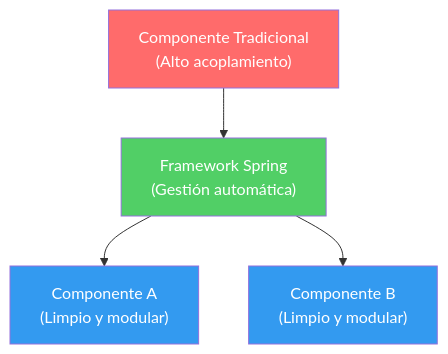
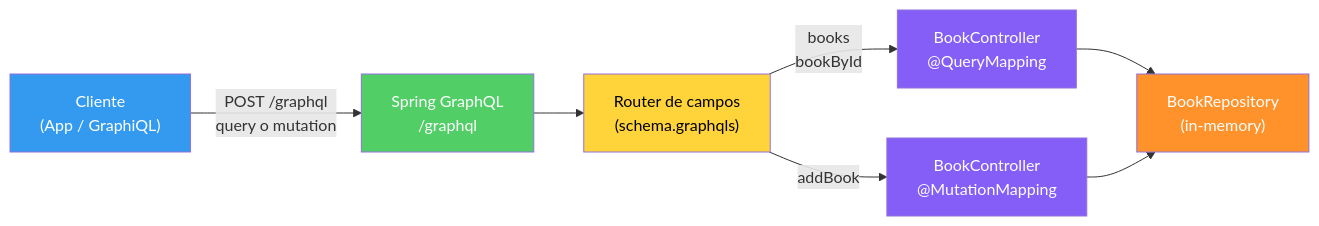
Before and after one commit to edgardo001/spring-v4-mastery-roadmap: the diagram in 32-graphql/README.md, drawn with Mermaid. The commit also changed other lines of this file and 55 other files, not shown here.

First line of the commit message:
feat(32,34,38,39): graphql, oauth2, hexagonal, modulith

````diff
--- a/32-graphql/README.md
+++ b/32-graphql/README.md
@@ -19,11 +26,16 @@
 ```mermaid
-graph TD
-    A["Componente Tradicional<br/>(Alto acoplamiento)"] --> B["Framework Spring<br/>(Gestión automática)"]
-    B --> C["Componente A<br/>(Limpio y modular)"]
-    B --> D["Componente B<br/>(Limpio y modular)"]
+graph LR
+    Cliente["Cliente<br/>(App / GraphiQL)"] -->|POST /graphql<br/>query o mutation| Endpoint["Spring GraphQL<br/>/graphql"]
+    Endpoint --> Router["Router de campos<br/>(schema.graphqls)"]
+    Router -->|books<br/>bookById| Ctrl["BookController<br/>@QueryMapping"]
+    Router -->|addBook| Mut["BookController<br/>@MutationMapping"]
+    Ctrl --> Repo["BookRepository<br/>(in-memory)"]
+    Mut --> Repo
 
-    style A fill:#ff6b6b,color:#fff
-    style B fill:#51cf66,color:#fff
-    style C fill:#339af0,color:#fff
-    style D fill:#339af0,color:#fff
+    style Cliente fill:#339af0,color:#fff
+    style Endpoint fill:#51cf66,color:#fff
+    style Router fill:#ffd43b,color:#000
+    style Ctrl fill:#845ef7,color:#fff
+    style Mut fill:#845ef7,color:#fff
+    style Repo fill:#ff922b,color:#fff
 ```
````
